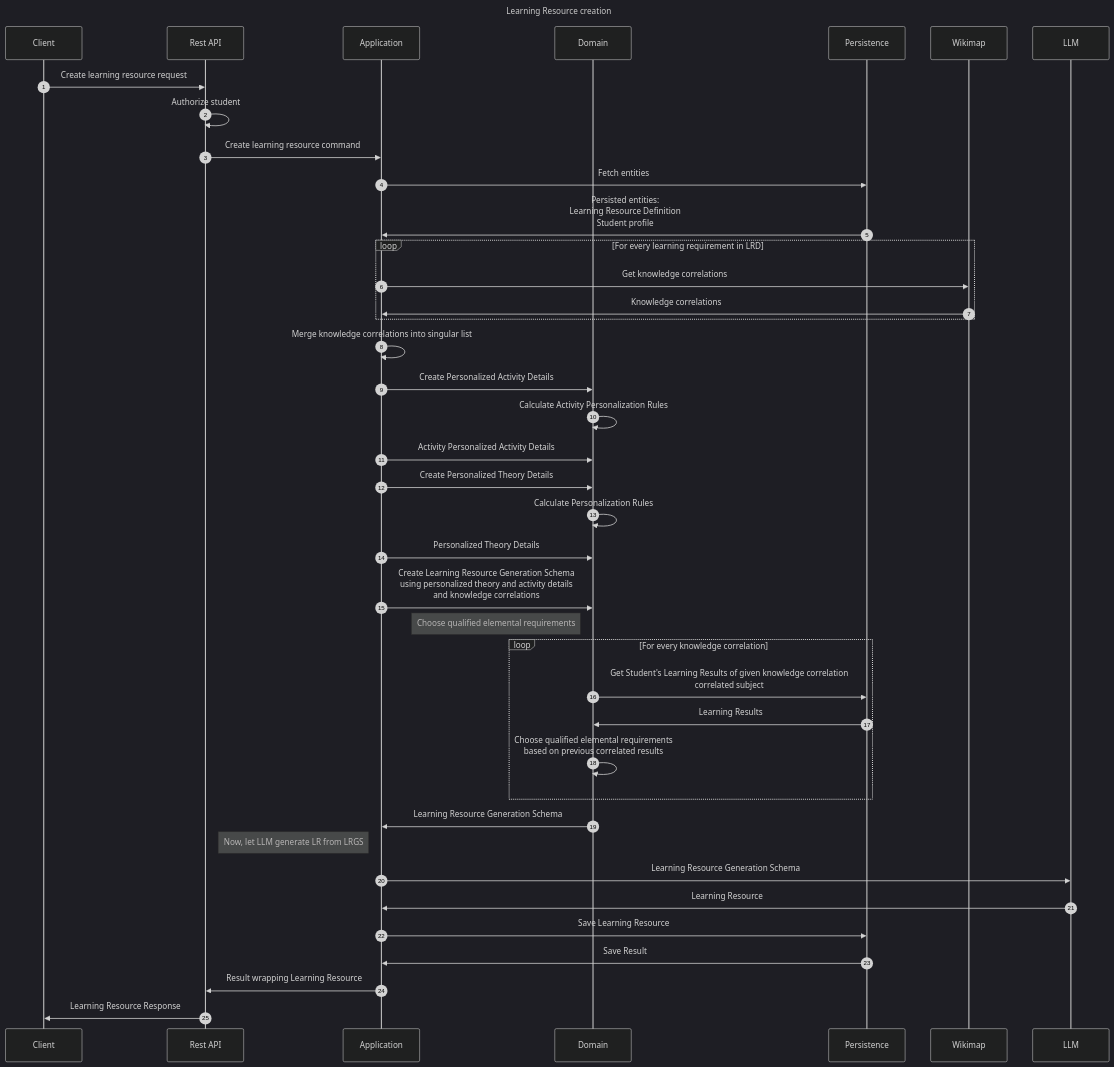
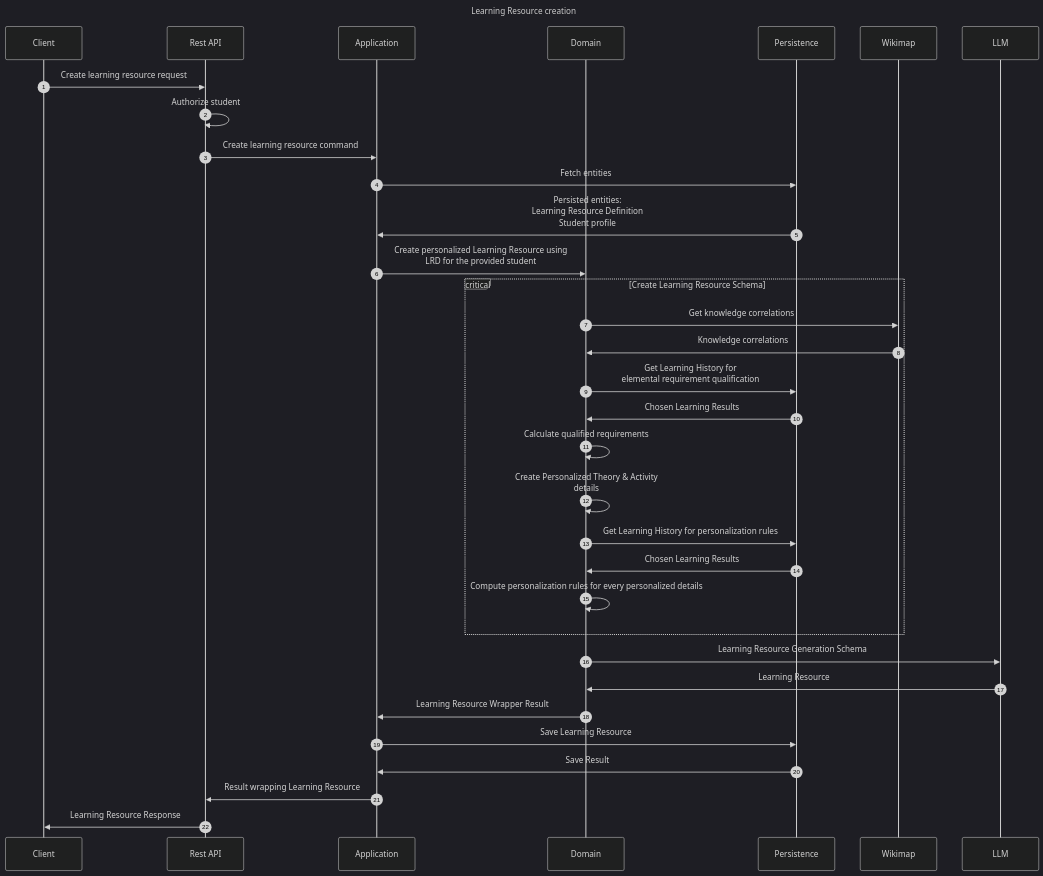
One commit to EdutieProject/edutie-backend changed the diagram in docs/edutie/flows/learning/learningresource/CreateLearningResource.md. Above: the diagram before and after it, drawn with Mermaid (dark theme). The commit also changed other lines of this file and 11 other files, not shown here.

````diff
--- a/docs/edutie/flows/learning/learningresource/CreateLearningResource.md
+++ b/docs/edutie/flows/learning/learningresource/CreateLearningResource.md
@@ -7,46 +7,39 @@
 ```mermaid
 ---
 title: Learning Resource creation
 ---
 sequenceDiagram
     participant Client
     participant Rest API
     participant Application
     participant Domain
     participant Persistence
     participant Wikimap
     participant LLM
     autonumber
     Client ->> Rest API: Create learning resource request
     Rest API ->> Rest API: Authorize student
     Rest API ->> Application: Create learning resource command
     Application ->> Persistence: Fetch entities
     Persistence ->> Application: Persisted entities:<br/>Learning Resource Definition<br/>Student profile
-    loop For every learning requirement in LRD
-    Application ->> Wikimap: Get knowledge correlations
-    Wikimap ->> Application: Knowledge correlations
+    Application ->> Domain: Create personalized Learning Resource using<br/>LRD for the provided student
+    critical Create Learning Resource Schema
+        Domain ->> Wikimap: Get knowledge correlations
+        Wikimap ->> Domain: Knowledge correlations
+        Domain ->> Persistence: Get Learning History for<br/>elemental requirement qualification
+        Persistence ->> Domain: Chosen Learning Results
+        Domain ->> Domain: Calculate qualified requirements
+        Domain ->> Domain: Create Personalized Theory & Activity<br/>details
+        Domain ->> Persistence: Get Learning History for personalization rules
+        Persistence ->> Domain: Chosen Learning Results
+        Domain ->> Domain: Compute personalization rules for every personalized details
     end
-    Application ->> Application: Merge knowledge correlations into singular list
-    Application ->> Domain: Create Personalized Activity Details
-    Domain ->> Domain: Calculate Activity Personalization Rules
-    Application ->> Domain: Activity Personalized Activity Details
-    Application ->> Domain: Create Personalized Theory Details
-    Domain ->> Domain: Calculate Personalization Rules
-    Application ->> Domain: Personalized Theory Details
-    Application ->> Domain: Create Learning Resource Generation Schema<br/>using personalized theory and activity details<br/>and knowledge correlations
-    note left of Domain: Choose qualified elemental requirements
-    loop For every knowledge correlation
-        Domain ->> Persistence: Get Student's Learning Results of given knowledge correlation<br/> correlated subject
-        Persistence ->> Domain: Learning  Results
-        Domain ->> Domain: Choose qualified elemental requirements<br/>based on previous correlated results
-    end
-    Domain ->> Application: Learning Resource Generation Schema
-    note left of Application: Now, let LLM generate LR from LRGS
-    Application ->> LLM: Learning Resource Generation Schema
-    LLM ->> Application: Learning Resource
+    Domain ->> LLM: Learning Resource Generation Schema
+    LLM ->> Domain: Learning Resource
+    Domain ->> Application: Learning Resource Wrapper Result
     Application ->> Persistence: Save Learning Resource
     Persistence ->> Application: Save Result
     Application ->> Rest API: Result wrapping Learning Resource
     Rest API ->> Client: Learning Resource Response
 
 ```
````
